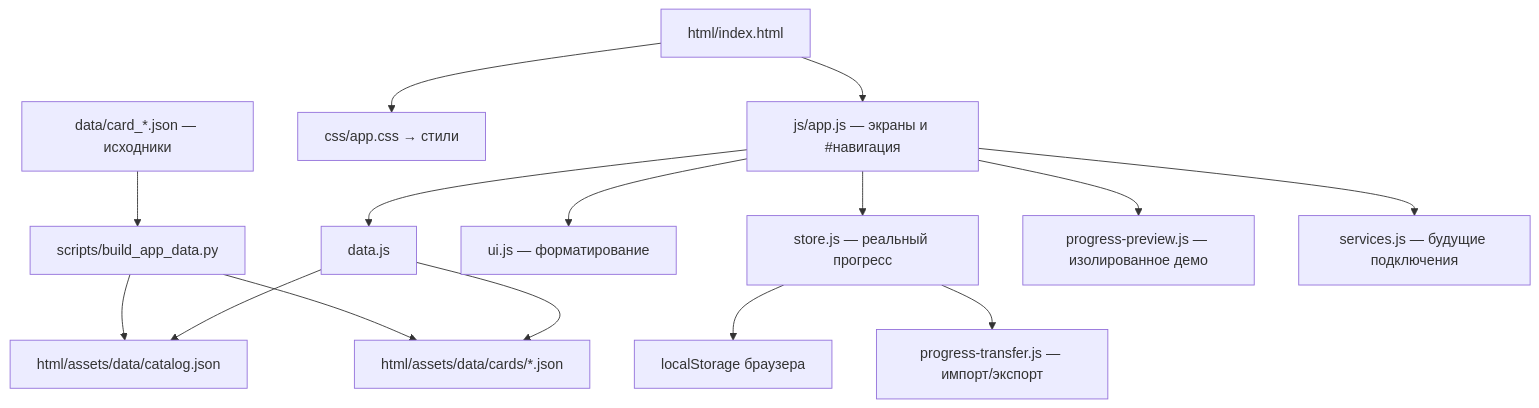
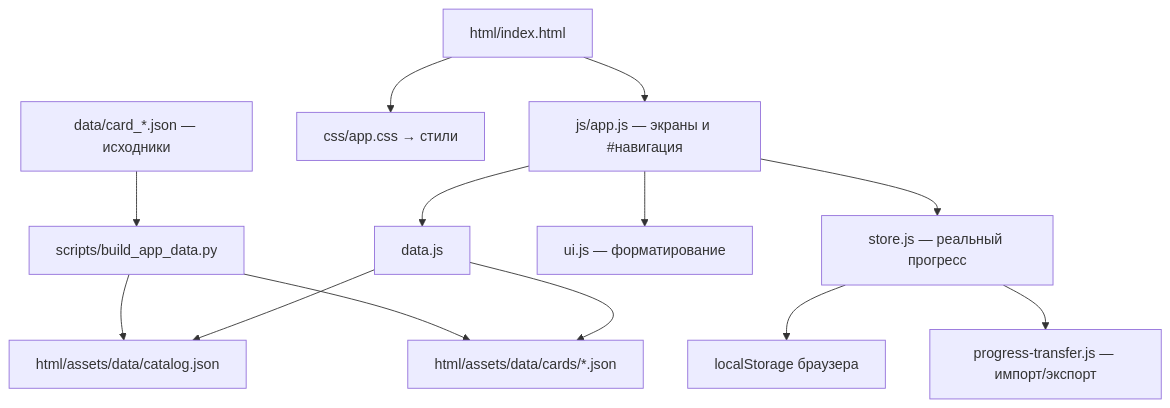
One commit to ElenaIlyina/rus-flash changed the diagram in docs/project-structure.md. Above: the diagram before and after it, drawn with Mermaid. The commit also changed other lines of this file and 64 other files, not shown here.

````diff
--- a/docs/project-structure.md
+++ b/docs/project-structure.md
@@ -86,17 +83,15 @@
 ```mermaid
 flowchart TD
     Source["data/card_*.json — исходники"] --> Build["scripts/build_app_data.py"]
     Build --> Catalog["html/assets/data/catalog.json"]
     Build --> Cards["html/assets/data/cards/*.json"]
     Shell["html/index.html"] --> CSS["css/app.css → стили"]
     Shell --> App["js/app.js — экраны и #навигация"]
     App --> Loader["data.js"]
     Loader --> Catalog
     Loader --> Cards
     App --> UI["ui.js — форматирование"]
     App --> Store["store.js — реальный прогресс"]
     Store --> Local["localStorage браузера"]
     Store --> Transfer["progress-transfer.js — импорт/экспорт"]
-    App --> Preview["progress-preview.js — изолированное демо"]
-    App --> Services["services.js — будущие подключения"]
 ```
````
